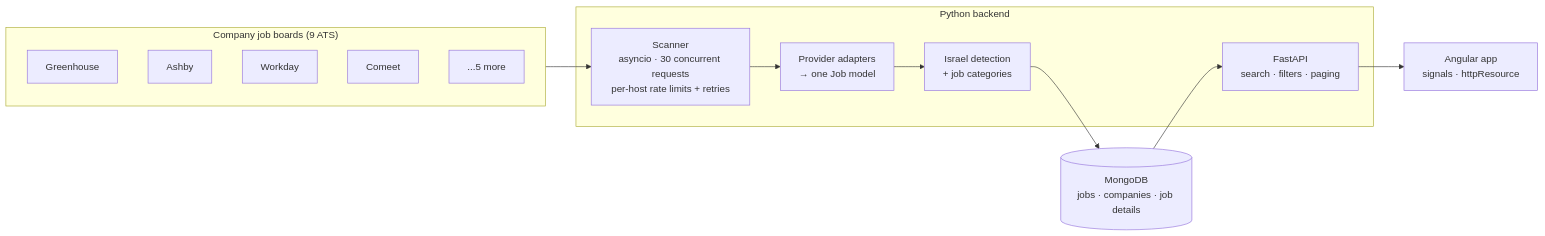
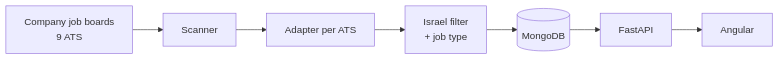
The diagram in README.md (Moshik520/job-radar), drawn with Mermaid before and after one commit. The commit also changed other lines of this file and 1 other file, not shown here.

````diff
--- a/README.md
+++ b/README.md
@@ -28,23 +25,9 @@
 ```mermaid
 flowchart LR
-    subgraph ATS["Company job boards (9 ATS)"]
-        GH[Greenhouse]
-        AS[Ashby]
-        WD[Workday]
-        CM[Comeet]
-        MORE[...5 more]
-    end
-
-    subgraph Backend["Python backend"]
-        SC["Scanner<br/>asyncio · 30 concurrent requests<br/>per-host rate limits + retries"]
-        AD["Provider adapters<br/>→ one Job model"]
-        CL["Israel detection<br/>+ job categories"]
-        API["FastAPI<br/>search · filters · paging"]
-    end
-
-    DB[(MongoDB<br/>jobs · companies · job details)]
-    UI["Angular app<br/>signals · httpResource"]
-
-    ATS --> SC --> AD --> CL --> DB
-    DB --> API --> UI
+    ATS[Company job boards<br/>9 ATS] --> SC[Scanner]
+    SC --> AD[Adapter per ATS]
+    AD --> F[Israel filter<br/>+ job type]
+    F --> DB[(MongoDB)]
+    DB --> API[FastAPI]
+    API --> UI[Angular]
 ```
````
